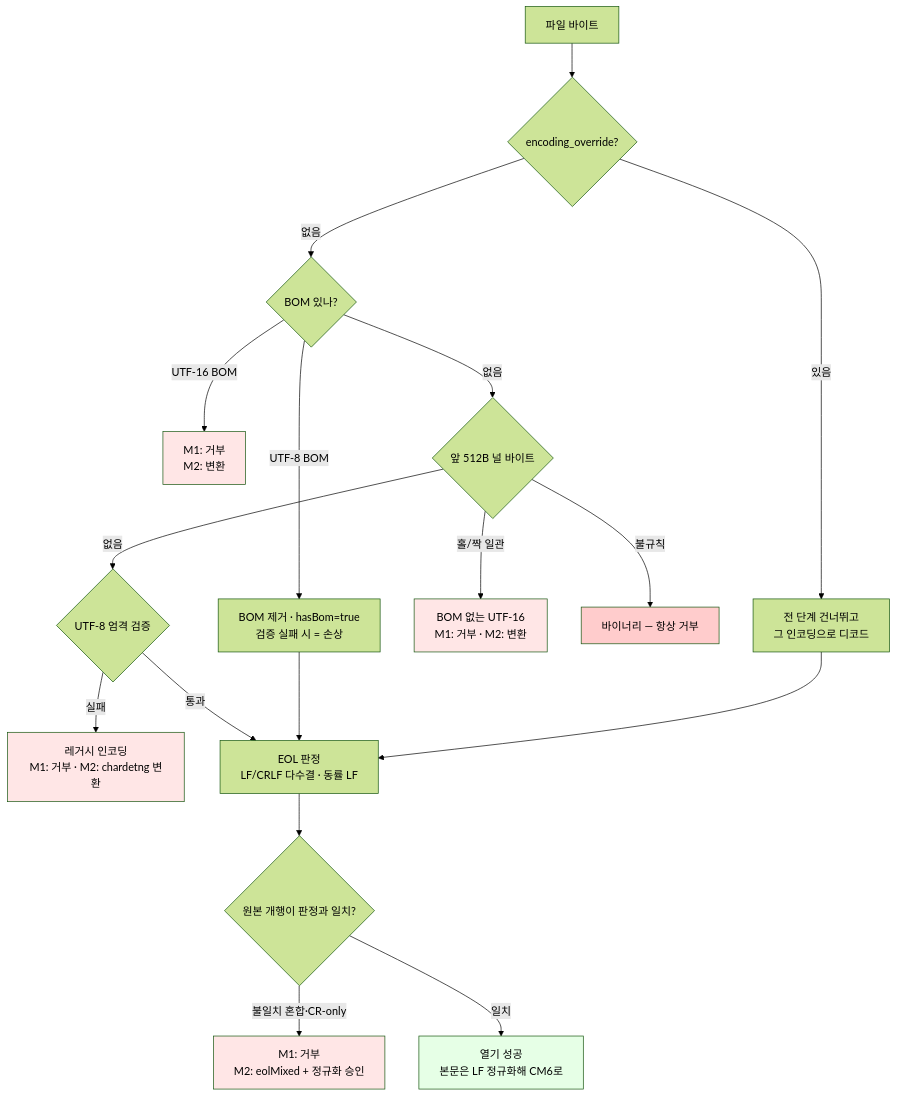
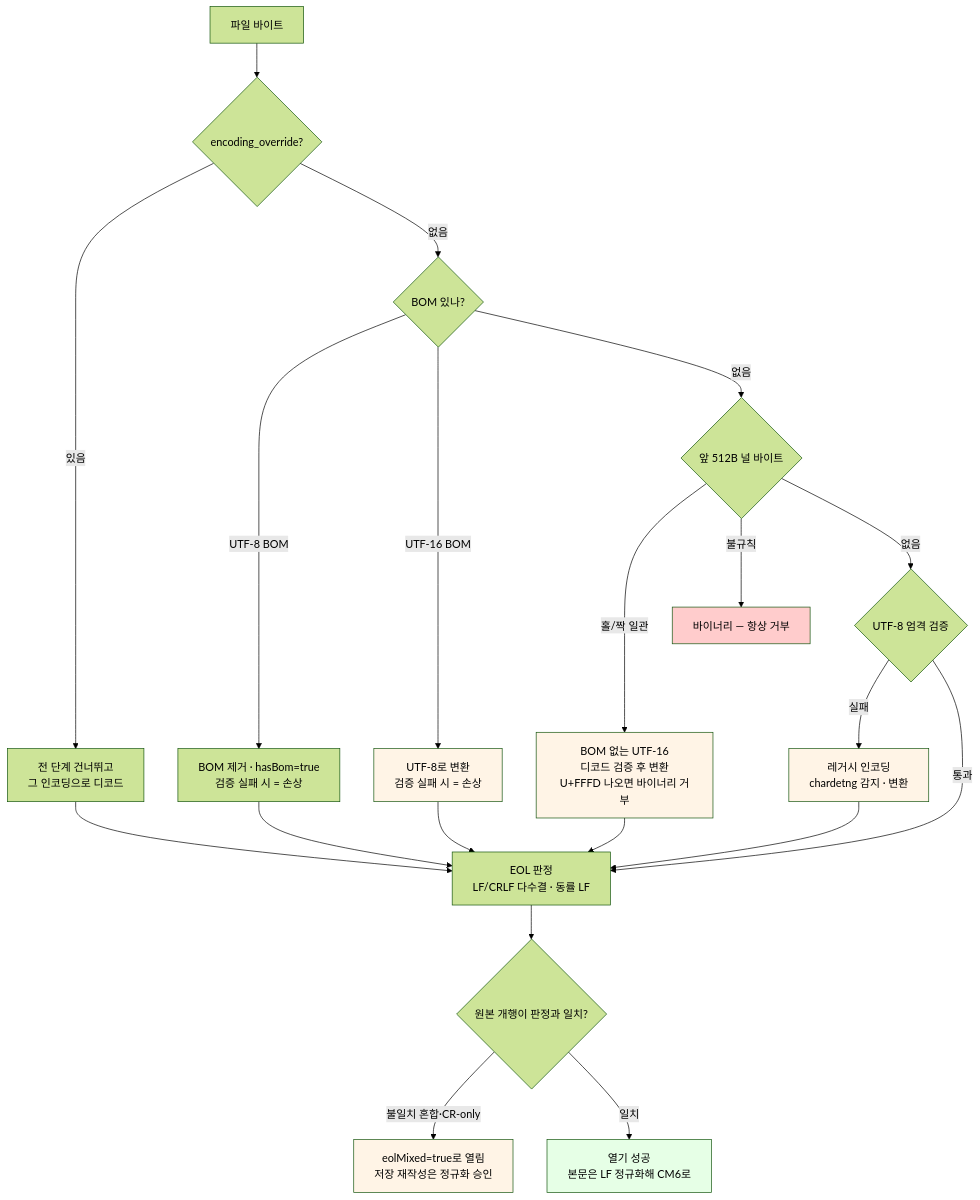
Before and after one commit to Bori-github/norii: the third of 3 diagrams in .claude/docs/file-lifecycle.md, drawn with Mermaid (forest theme). The commit also changed other lines of this file and 39 other files, not shown here.

First line of the commit message:
feat: 파일 강건성(M2) — 인코딩 변환·정규화 승인·외부 변경 감시 (#3)

````diff
--- a/.claude/docs/file-lifecycle.md
+++ b/.claude/docs/file-lifecycle.md
@@ -127,26 +130,29 @@
 ```mermaid
 flowchart TD
     A[파일 바이트] --> B{encoding_override?}
     B -->|있음| B1[전 단계 건너뛰고<br/>그 인코딩으로 디코드]
     B -->|없음| C{BOM 있나?}
     C -->|UTF-8 BOM| C1[BOM 제거 · hasBom=true<br/>검증 실패 시 = 손상]
-    C -->|UTF-16 BOM| X1[M1: 거부<br/>M2: 변환]
+    C -->|UTF-16 BOM| X1[UTF-8로 변환<br/>검증 실패 시 = 손상]
     C -->|없음| D{앞 512B 널 바이트}
-    D -->|홀/짝 일관| X2[BOM 없는 UTF-16<br/>M1: 거부 · M2: 변환]
+    D -->|홀/짝 일관| X2[BOM 없는 UTF-16<br/>디코드 검증 후 변환<br/>U+FFFD 나오면 바이너리 거부]
     D -->|불규칙| X3[바이너리 — 항상 거부]
     D -->|없음| E{UTF-8 엄격 검증}
-    E -->|실패| X4[레거시 인코딩<br/>M1: 거부 · M2: chardetng 변환]
+    E -->|실패| X4[레거시 인코딩<br/>chardetng 감지 · 변환]
     E -->|통과| F[EOL 판정<br/>LF/CRLF 다수결 · 동률 LF]
     C1 --> F
     B1 --> F
+    X1 --> F
+    X2 --> F
+    X4 --> F
     F --> G{원본 개행이 판정과 일치?}
-    G -->|불일치 혼합·CR-only| X5[M1: 거부<br/>M2: eolMixed + 정규화 승인]
+    G -->|불일치 혼합·CR-only| X5[eolMixed=true로 열림<br/>저장 재작성은 정규화 승인]
     G -->|일치| H[열기 성공<br/>본문은 LF 정규화해 CM6로]
 
-    style X1 fill:#ffe6e6
-    style X2 fill:#ffe6e6
+    style X1 fill:#fff4e6
+    style X2 fill:#fff4e6
     style X3 fill:#ffcccc
-    style X4 fill:#ffe6e6
-    style X5 fill:#ffe6e6
+    style X4 fill:#fff4e6
+    style X5 fill:#fff4e6
     style H fill:#e6ffe6
 ```
````
